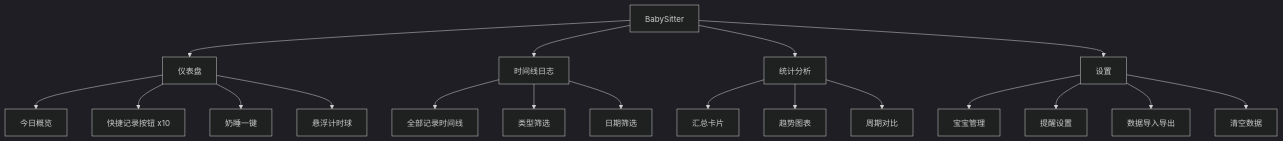
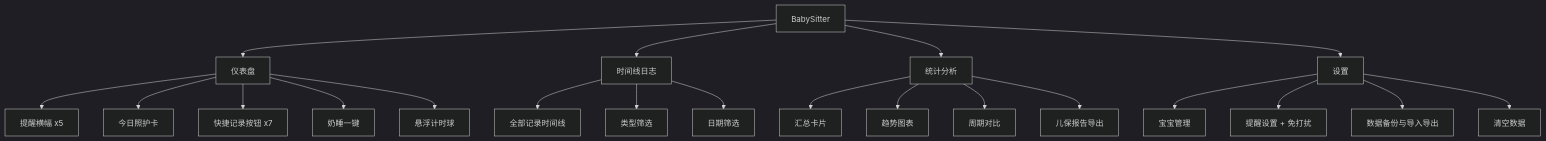
Before and after one commit to LostBeanBun/babysitter-react: the first of 13 diagrams in BUSINESS.md, drawn with Mermaid (dark theme). The commit also changed other lines of this file and 2 other files, not shown here.

Commit message:
docs: BUSINESS.md 同步至 1.9 现状（提醒横幅/今日照护/增量导入等）（1.9.1，同步 Vue 端）

````diff
--- a/BUSINESS.md
+++ b/BUSINESS.md
@@ -39,21 +39,23 @@
 ```mermaid
 graph TD
     A[BabySitter] --> B[仪表盘]
     A --> C[时间线日志]
     A --> D[统计分析]
     A --> E[设置]
-    B --> B1[今日概览]
-    B --> B2[快捷记录按钮 x10]
-    B --> B3[奶睡一键]
-    B --> B4[悬浮计时球]
+    B --> B1[提醒横幅 x5]
+    B --> B2[今日照护卡]
+    B --> B3[快捷记录按钮 x7]
+    B --> B4[奶睡一键]
+    B --> B5[悬浮计时球]
     C --> C1[全部记录时间线]
     C --> C2[类型筛选]
     C --> C3[日期筛选]
     D --> D1[汇总卡片]
     D --> D2[趋势图表]
     D --> D3[周期对比]
+    D --> D4[儿保报告导出]
     E --> E1[宝宝管理]
-    E --> E2[提醒设置]
-    E --> E3[数据导入导出]
+    E --> E2[提醒设置 + 免打扰]
+    E --> E3[数据备份与导入导出]
     E --> E4[清空数据]
 ```
````
